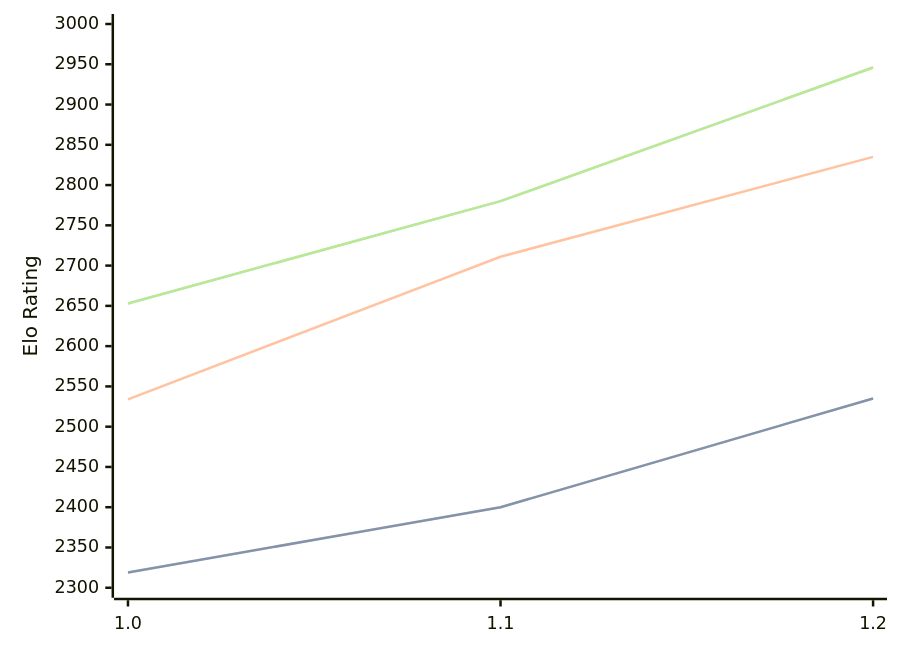
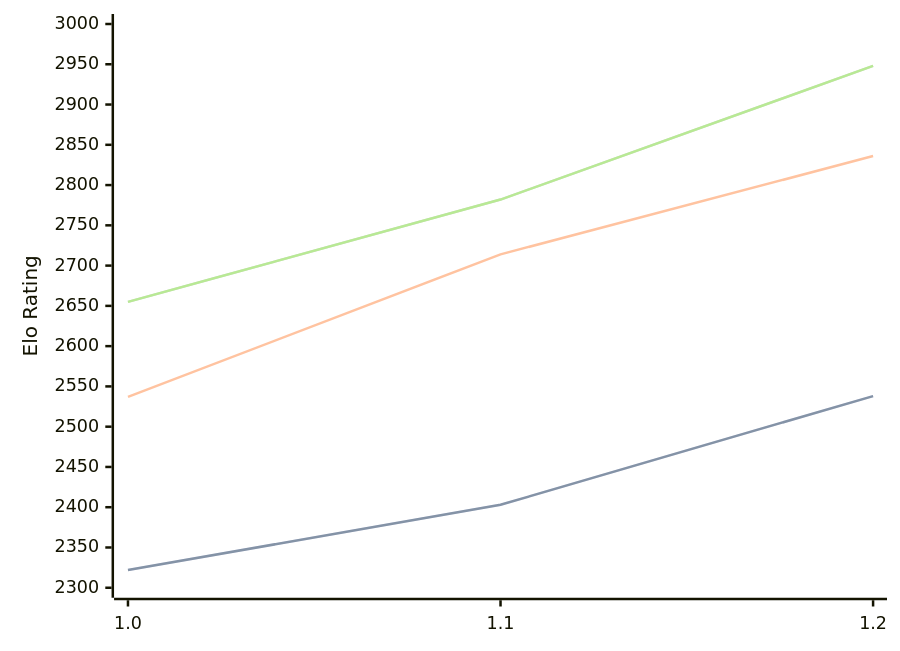
Before and after one commit to computer-chess-index/cci: the diagram in engines/FoxChess.md, drawn with Mermaid. The commit also changed other lines of this file, not shown here.

Commit message:
Update CCI Ratings (ELO VLTC) - 2026-09-24

````diff
--- a/engines/FoxChess.md
+++ b/engines/FoxChess.md
@@ -33,11 +33,11 @@
 ```mermaid
 %%{init: {"theme":"base","themeVariables":{"seriesColors:['#a3a3a3','#222221','#faa371']}}}%%
 xychart-beta
   x-axis ["1.0", "1.1", "1.2"]
   y-axis "Elo Rating" 2300 --> 3000
-  line "" [2319, 2400, 2535]
-  line "STC (8.0+0.08s)" [2319, 2400, 2535]
-  line "LTC (60.0+0.60s)" [2534, 2711, 2835]
-  line "" [2653, 2780, 2946]
-  line "VLTC (2m24s+1.12s)" [2653, 2780, 2946]
+  line "" [2322, 2403, 2538]
+  line "STC (8.0+0.08s)" [2322, 2403, 2538]
+  line "LTC (60.0+0.60s)" [2537, 2714, 2836]
+  line "" [2655, 2782, 2948]
+  line "VLTC (2m24s+1.12s)" [2655, 2782, 2948]
 ```
````
